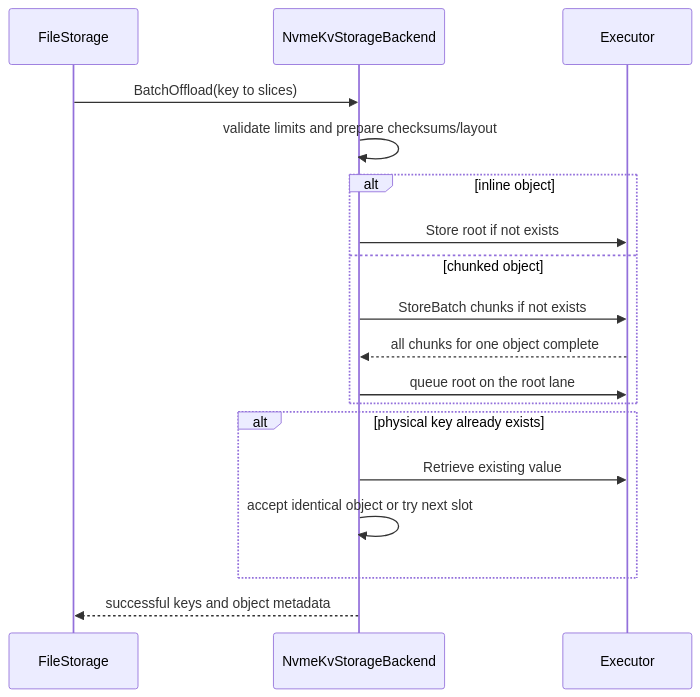
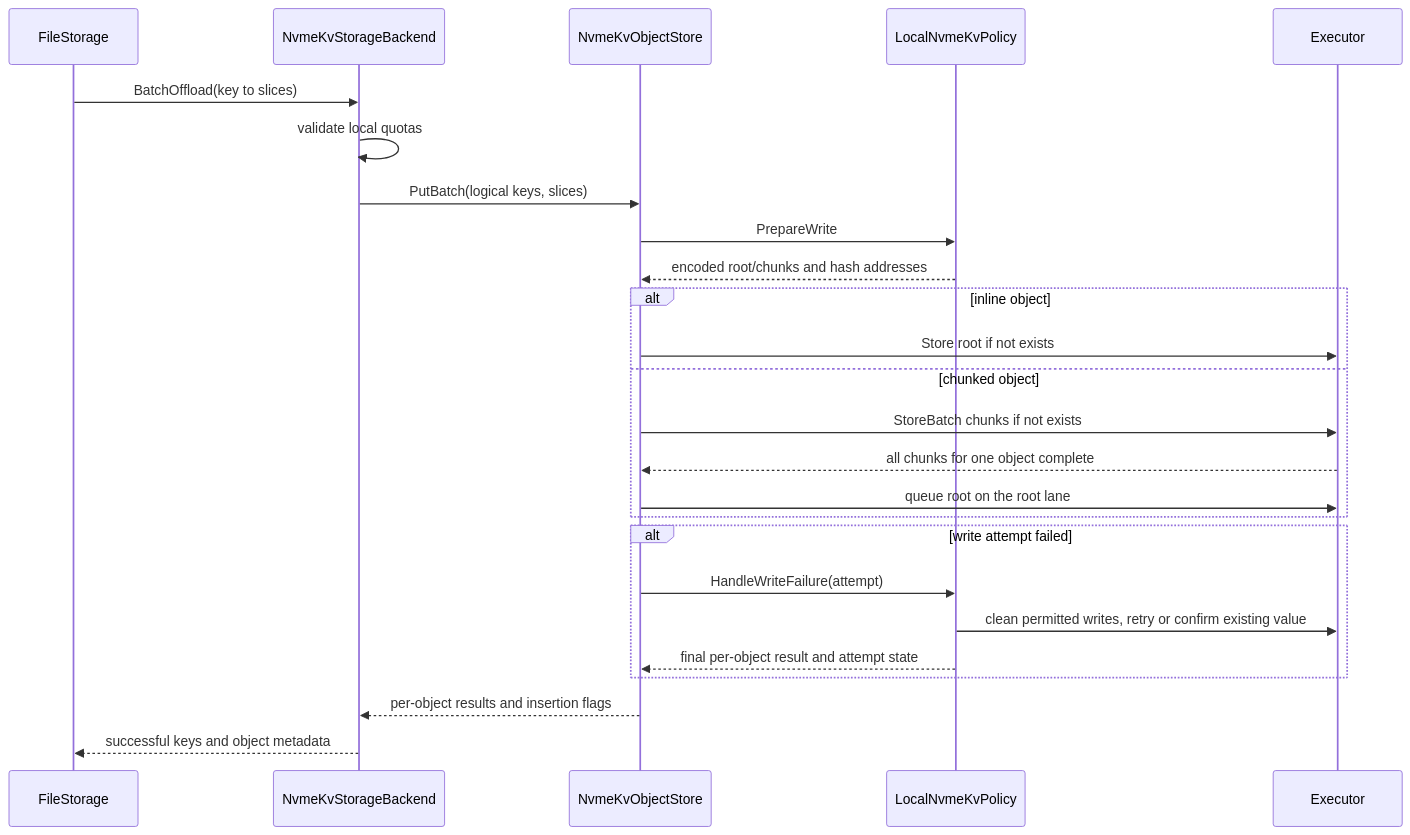
Before and after one commit to kvcache-ai/Mooncake: the third of 3 diagrams in docs/source/design/store/nvme-kv-backend.md, drawn with Mermaid. The commit also changed other lines of this file and 14 other files, not shown here.

First line of the commit message:
[Store] Extract NVMe KV object storage in place

````diff
--- a/docs/source/design/store/nvme-kv-backend.md
+++ b/docs/source/design/store/nvme-kv-backend.md
@@ -102,21 +111,28 @@
 ```mermaid
 sequenceDiagram
     participant F as FileStorage
     participant B as NvmeKvStorageBackend
+    participant O as NvmeKvObjectStore
+    participant P as LocalNvmeKvPolicy
     participant E as Executor
 
     F->>B: BatchOffload(key to slices)
-    B->>B: validate limits and prepare checksums/layout
+    B->>B: validate local quotas
+    B->>O: PutBatch(logical keys, slices)
+    O->>P: PrepareWrite
+    P-->>O: encoded root/chunks and hash addresses
     alt inline object
-        B->>E: Store root if not exists
+        O->>E: Store root if not exists
     else chunked object
-        B->>E: StoreBatch chunks if not exists
-        E-->>B: all chunks for one object complete
-        B->>E: queue root on the root lane
+        O->>E: StoreBatch chunks if not exists
+        E-->>O: all chunks for one object complete
+        O->>E: queue root on the root lane
     end
-    alt physical key already exists
-        B->>E: Retrieve existing value
-        B->>B: accept identical object or try next slot
+    alt write attempt failed
+        O->>P: HandleWriteFailure(attempt)
+        P->>E: clean permitted writes, retry or confirm existing value
+        P-->>O: final per-object result and attempt state
     end
+    O-->>B: per-object results and insertion flags
     B-->>F: successful keys and object metadata
 ```
````
